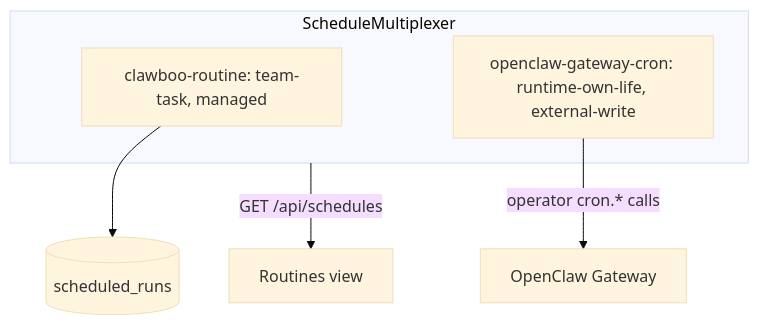
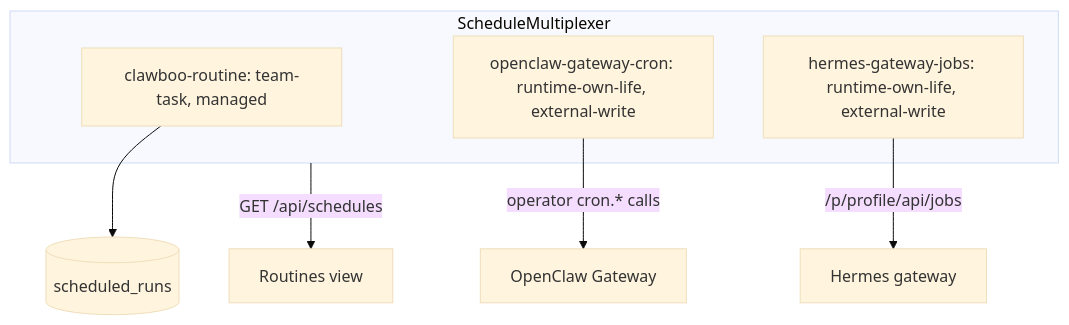
Before and after one commit to clawboo/clawboo: the diagram in docs/internals/seams.md, drawn with Mermaid (base theme). The commit also changed other lines of this file and 164 other files, not shown here.

First line of the commit message:
feat(hermes): run the real Hermes through its gateway (#374)

````diff
--- a/docs/internals/seams.md
+++ b/docs/internals/seams.md
@@ -122,10 +122,12 @@
 ```mermaid
 flowchart TD
     subgraph mux["ScheduleMultiplexer"]
         r["clawboo-routine: team-task, managed"]
         g["openclaw-gateway-cron: runtime-own-life, external-write"]
+        h["hermes-gateway-jobs: runtime-own-life, external-write"]
     end
     r --> ledger[("scheduled_runs")]
     g -->|"operator cron.* calls"| gw[OpenClaw Gateway]
+    h -->|"/p/profile/api/jobs"| hgw[Hermes gateway]
     mux -->|"GET /api/schedules"| tab[Routines view]
 ```
````
